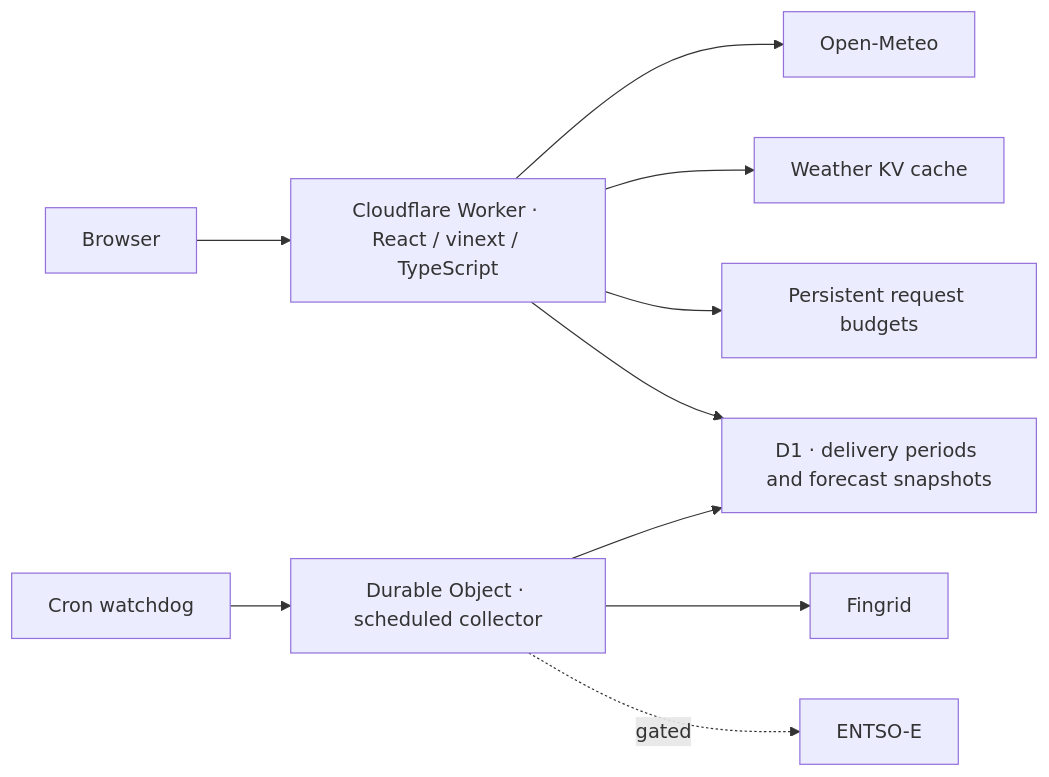
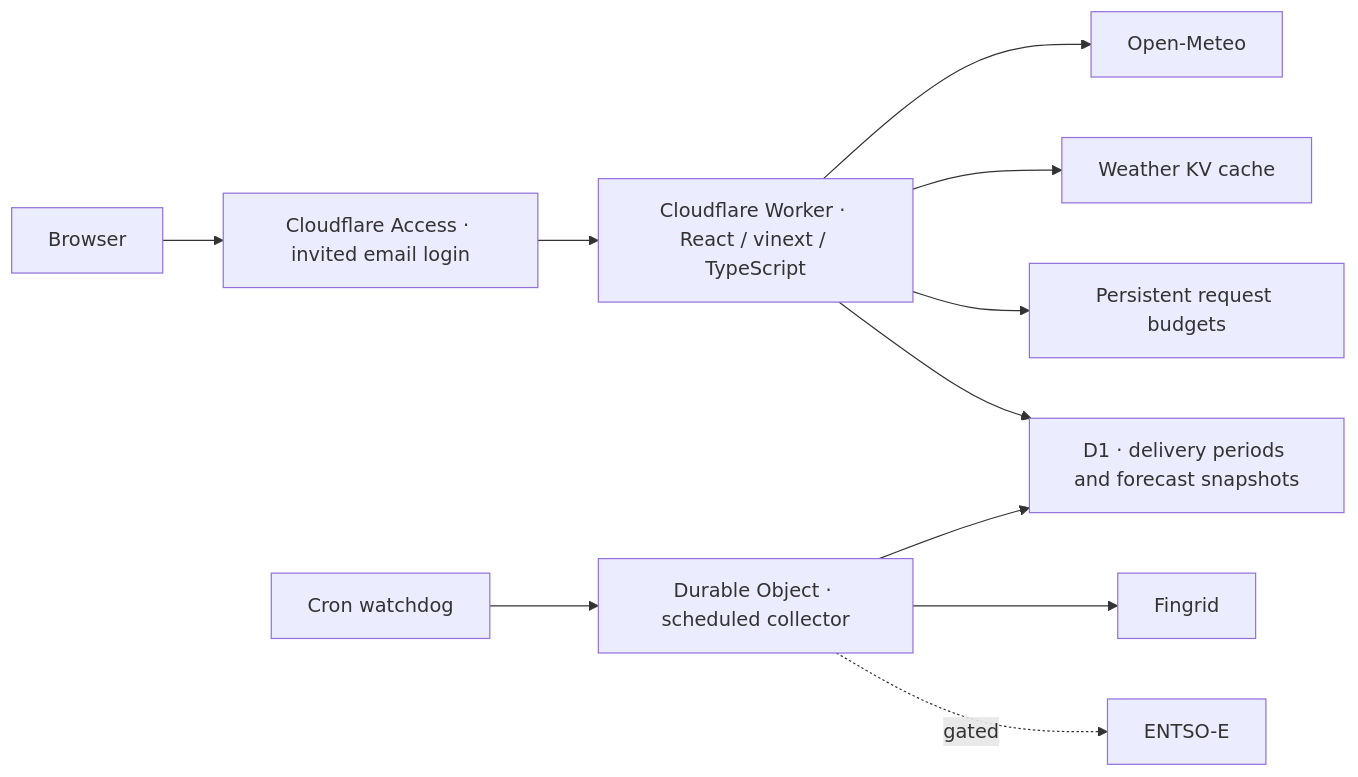
Before and after one commit to harshithbhaskar69/saavirta: the diagram in README.md, drawn with Mermaid. The commit also changed other lines of this file and 35 other files, not shown here.

````diff
--- a/README.md
+++ b/README.md
@@ -16,12 +18,13 @@
 ```mermaid
 flowchart LR
-  Browser --> Worker[Cloudflare Worker · React / vinext / TypeScript]
+  Browser --> Access[Cloudflare Access · invited email login]
+  Access --> Worker[Cloudflare Worker · React / vinext / TypeScript]
   Worker --> Weather[Open-Meteo]
   Worker --> KV[Weather KV cache]
   Worker --> Budget[Persistent request budgets]
   Worker --> D1[D1 · delivery periods and forecast snapshots]
   Cron[Cron watchdog] --> Collector[Durable Object · scheduled collector]
   Collector --> D1
   Collector --> Fingrid
   Collector -. gated .-> ENTSOE[ENTSO-E]
 ```
````
